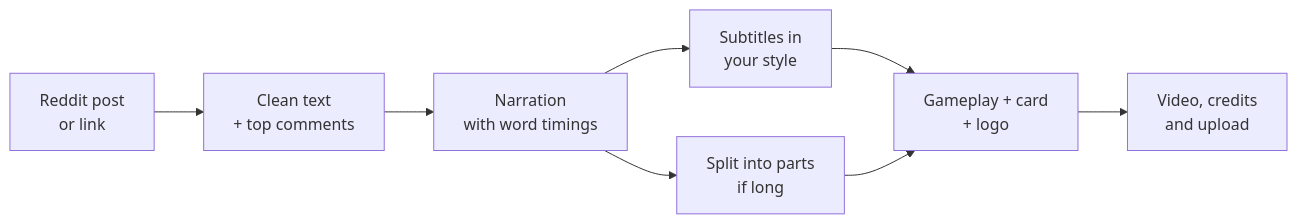
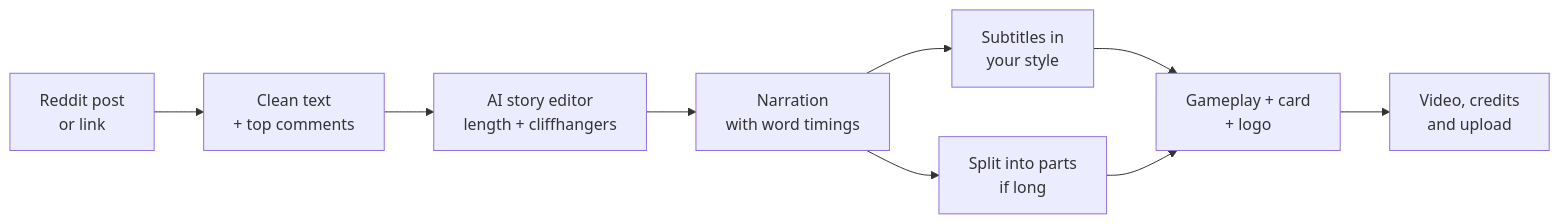
The second of 2 diagrams in README.md (kadenvbordeaux-dev/StoryForgeStudio), drawn with Mermaid before and after one commit. The commit also changed other lines of this file, not shown here.

````diff
--- a/README.md
+++ b/README.md
@@ -270,10 +273,11 @@
 ```mermaid
 flowchart LR
     A[Reddit post<br>or link] --> B[Clean text<br>+ top comments]
-    B --> C[Narration<br>with word timings]
+    B --> B2[AI story editor<br>length + cliffhangers]
+    B2 --> C[Narration<br>with word timings]
     C --> D[Subtitles in<br>your style]
     C --> E[Split into parts<br>if long]
     D --> F[Gameplay + card<br>+ logo]
     E --> F
     F --> G[Video, credits<br>and upload]
 ```
````
